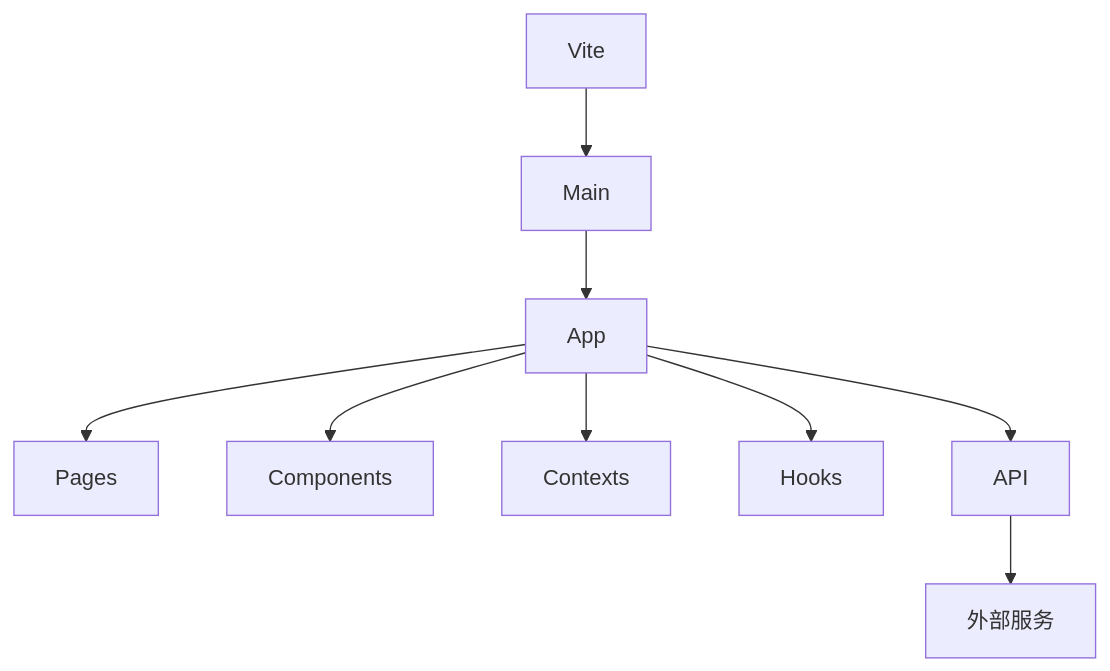
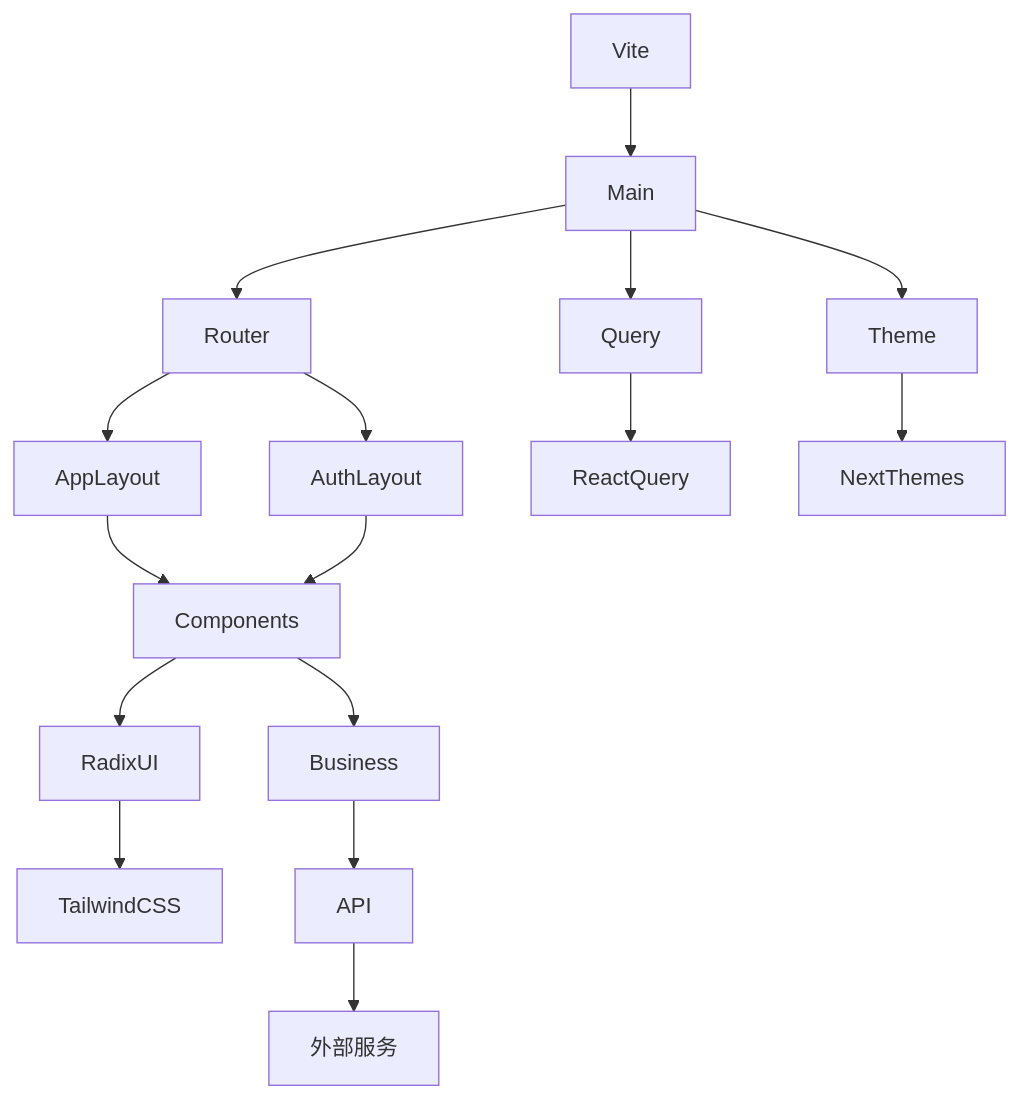
The ninth of 9 diagrams in .qoder/repowiki/zh/content/前端应用架构/前端应用架构.md (angledick/-), drawn with Mermaid before and after one commit. The commit also changed other lines of this file and 770 other files, not shown here.

````diff
--- a/.qoder/repowiki/zh/content/前端应用架构/前端应用架构.md
+++ b/.qoder/repowiki/zh/content/前端应用架构/前端应用架构.md
@@ -538,11 +468,18 @@
 ```mermaid
 graph TB
 Vite --> Main
-Main --> App
-App --> Pages
-App --> Components
-App --> Contexts
-App --> Hooks
-App --> API
+Main --> Router
+Main --> Query
+Main --> Theme
+Router --> AppLayout
+Router --> AuthLayout
+AppLayout --> Components
+AuthLayout --> Components
+Components --> RadixUI
+Components --> Business
+RadixUI --> TailwindCSS
+Business --> API
 API --> External["外部服务"]
+Query --> ReactQuery
+Theme --> NextThemes
 ```
````
